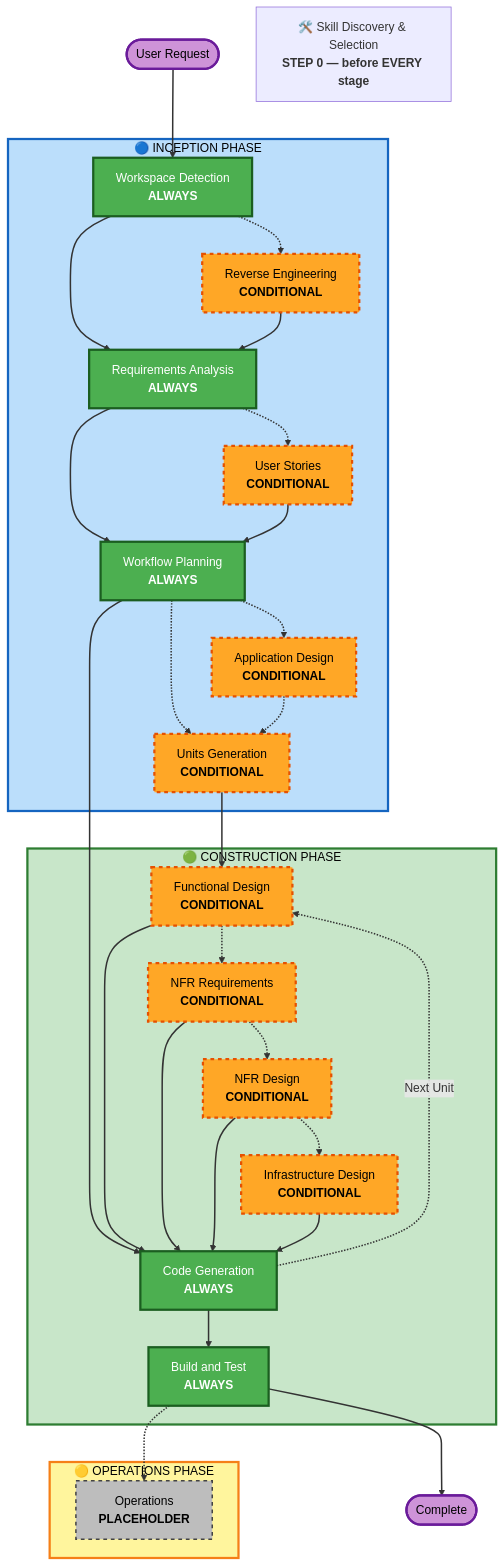
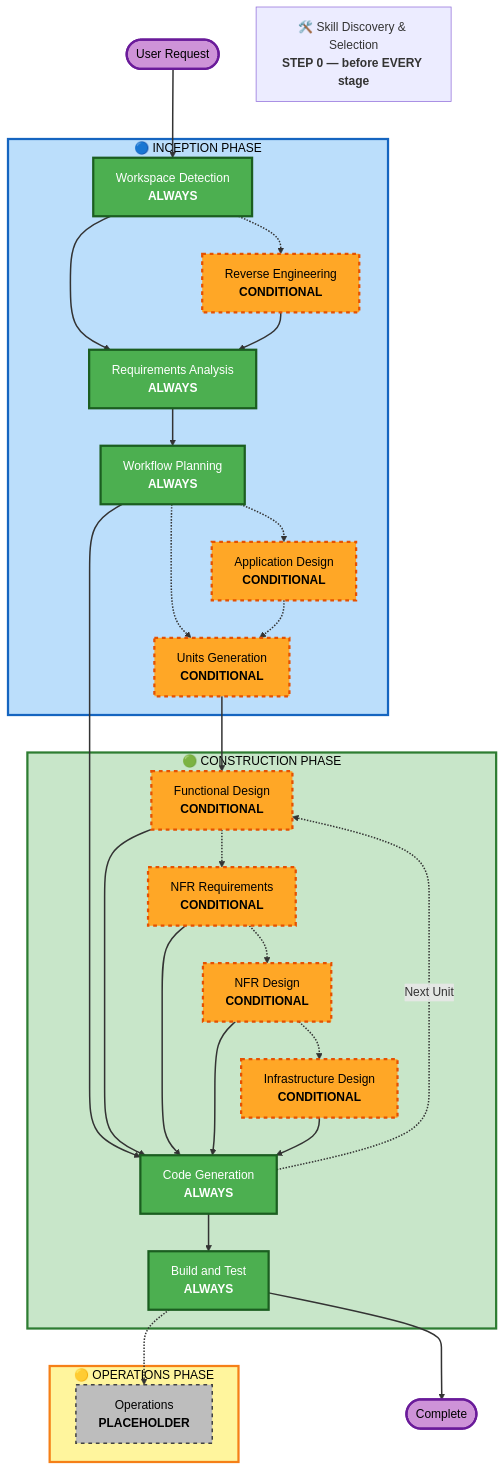
One commit to bharath93-byte/tid-aidlc-workflows changed the diagram in aidlc-rules/aws-aidlc-rule-details/common/process-overview.md. Above: the diagram before and after it, drawn with Mermaid. The commit also changed other lines of this file and 26 other files, not shown here.

````diff
--- a/aidlc-rules/aws-aidlc-rule-details/common/process-overview.md
+++ b/aidlc-rules/aws-aidlc-rule-details/common/process-overview.md
@@ -34,79 +34,75 @@
 ```mermaid
 flowchart TD
     Start(["User Request"])
     SG["🛠️ Skill Discovery & Selection<br/><b>STEP 0 — before EVERY stage</b>"]
     
     subgraph INCEPTION["🔵 INCEPTION PHASE"]
         WD["Workspace Detection<br/><b>ALWAYS</b>"]
         RE["Reverse Engineering<br/><b>CONDITIONAL</b>"]
         RA["Requirements Analysis<br/><b>ALWAYS</b>"]
-        Stories["User Stories<br/><b>CONDITIONAL</b>"]
         WP["Workflow Planning<br/><b>ALWAYS</b>"]
         AppDesign["Application Design<br/><b>CONDITIONAL</b>"]
         UnitsG["Units Generation<br/><b>CONDITIONAL</b>"]
     end
     
     subgraph CONSTRUCTION["🟢 CONSTRUCTION PHASE"]
         FD["Functional Design<br/><b>CONDITIONAL</b>"]
         NFRA["NFR Requirements<br/><b>CONDITIONAL</b>"]
         NFRD["NFR Design<br/><b>CONDITIONAL</b>"]
         ID["Infrastructure Design<br/><b>CONDITIONAL</b>"]
         CG["Code Generation<br/><b>ALWAYS</b>"]
         BT["Build and Test<br/><b>ALWAYS</b>"]
     end
     
     subgraph OPERATIONS["🟡 OPERATIONS PHASE"]
         OPS["Operations<br/><b>PLACEHOLDER</b>"]
     end
     
     Start --> WD
     WD -.-> RE
     WD --> RA
     RE --> RA
     
-    RA -.-> Stories
     RA --> WP
-    Stories --> WP
     
     WP -.-> AppDesign
     WP -.-> UnitsG
     AppDesign -.-> UnitsG
     UnitsG --> FD
     FD -.-> NFRA
     NFRA -.-> NFRD
     NFRD -.-> ID
     
     WP --> CG
     FD --> CG
     NFRA --> CG
     NFRD --> CG
     ID --> CG
     CG -.->|Next Unit| FD
     CG --> BT
     BT -.-> OPS
     BT --> End(["Complete"])
     
     style WD fill:#4CAF50,stroke:#1B5E20,stroke-width:3px,color:#fff
     style RA fill:#4CAF50,stroke:#1B5E20,stroke-width:3px,color:#fff
     style WP fill:#4CAF50,stroke:#1B5E20,stroke-width:3px,color:#fff
 
     style CG fill:#4CAF50,stroke:#1B5E20,stroke-width:3px,color:#fff
     style BT fill:#4CAF50,stroke:#1B5E20,stroke-width:3px,color:#fff
     style OPS fill:#BDBDBD,stroke:#424242,stroke-width:2px,stroke-dasharray: 5 5,color:#000
     style RE fill:#FFA726,stroke:#E65100,stroke-width:3px,stroke-dasharray: 5 5,color:#000
-    style Stories fill:#FFA726,stroke:#E65100,stroke-width:3px,stroke-dasharray: 5 5,color:#000
     style AppDesign fill:#FFA726,stroke:#E65100,stroke-width:3px,stroke-dasharray: 5 5,color:#000
 
     style UnitsG fill:#FFA726,stroke:#E65100,stroke-width:3px,stroke-dasharray: 5 5,color:#000
     style FD fill:#FFA726,stroke:#E65100,stroke-width:3px,stroke-dasharray: 5 5,color:#000
     style NFRA fill:#FFA726,stroke:#E65100,stroke-width:3px,stroke-dasharray: 5 5,color:#000
     style NFRD fill:#FFA726,stroke:#E65100,stroke-width:3px,stroke-dasharray: 5 5,color:#000
     style ID fill:#FFA726,stroke:#E65100,stroke-width:3px,stroke-dasharray: 5 5,color:#000
     style INCEPTION fill:#BBDEFB,stroke:#1565C0,stroke-width:3px, color:#000
     style CONSTRUCTION fill:#C8E6C9,stroke:#2E7D32,stroke-width:3px, color:#000
     style OPERATIONS fill:#FFF59D,stroke:#F57F17,stroke-width:3px, color:#000
     style Start fill:#CE93D8,stroke:#6A1B9A,stroke-width:3px,color:#000
     style End fill:#CE93D8,stroke:#6A1B9A,stroke-width:3px,color:#000
     
     linkStyle default stroke:#333,stroke-width:2px
 ```
````
